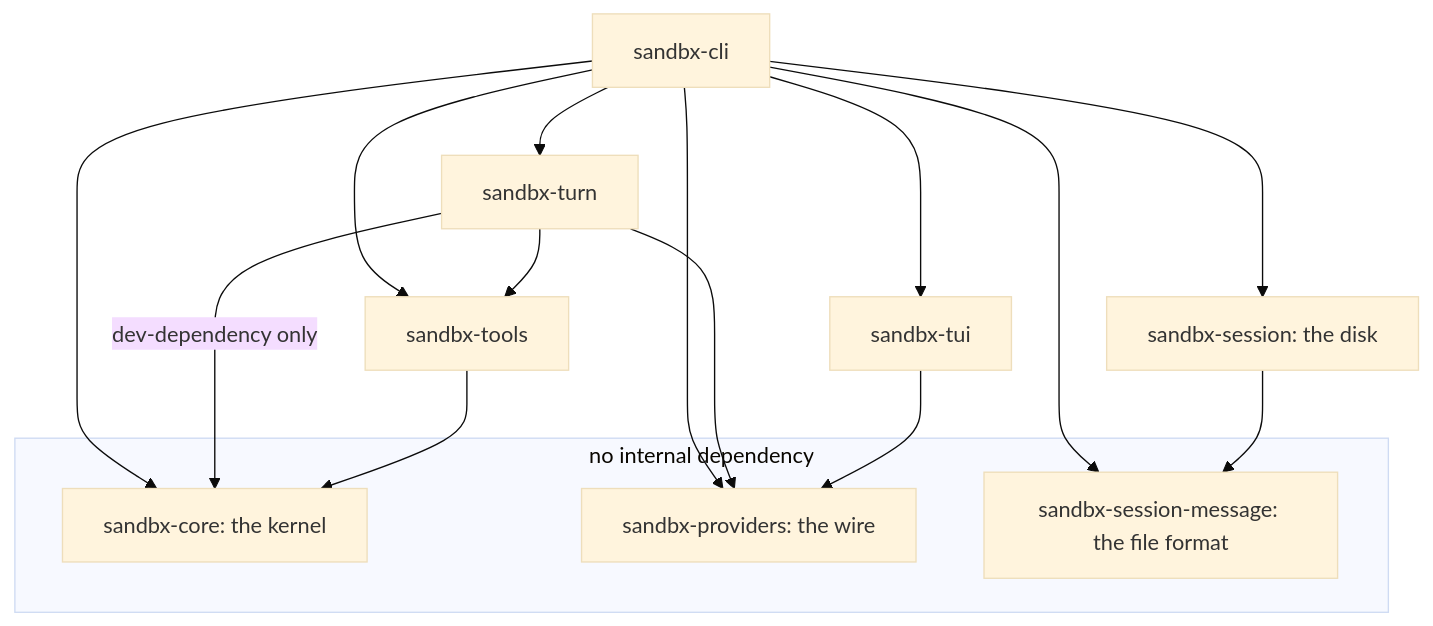
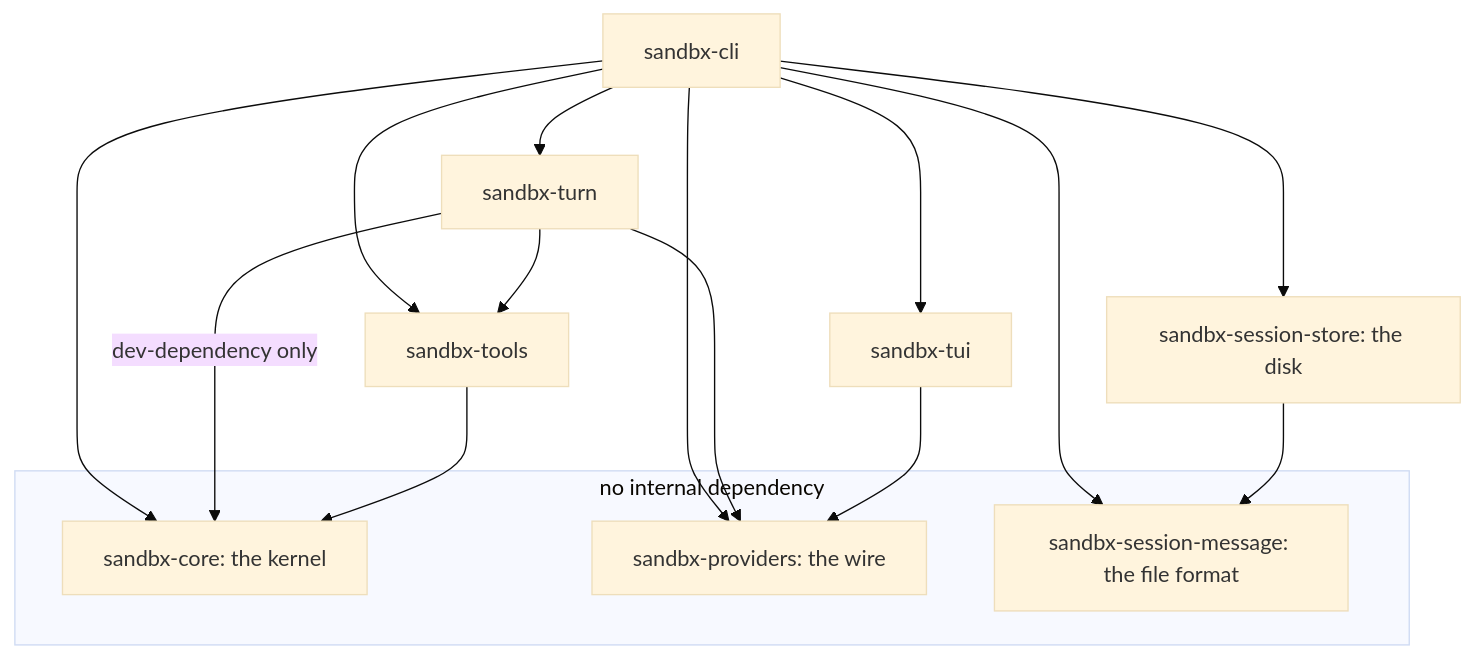
The diagram in context/onboarding/05-seven-crates.md (danczw/sandbx), drawn with Mermaid (base theme) before and after one commit. The commit also changed other lines of this file and 27 other files, not shown here.

````diff
--- a/context/onboarding/05-seven-crates.md
+++ b/context/onboarding/05-seven-crates.md
@@ -31,21 +32,21 @@
 ```mermaid
 flowchart TD
     subgraph leaves["no internal dependency"]
         core["sandbx-core: the kernel"]
         providers["sandbx-providers: the wire"]
         message["sandbx-session-message: the file format"]
     end
     cli["sandbx-cli"] --> turn["sandbx-turn"]
     cli --> tui["sandbx-tui"]
-    cli --> session["sandbx-session: the disk"]
+    cli --> session["sandbx-session-store: the disk"]
     cli --> message
     session --> message
     cli --> providers
     cli --> tools["sandbx-tools"]
     cli --> core
     turn --> providers
     turn --> tools
     turn -->|"dev-dependency only"| core
     tui --> providers
     tools --> core
 ```
````
